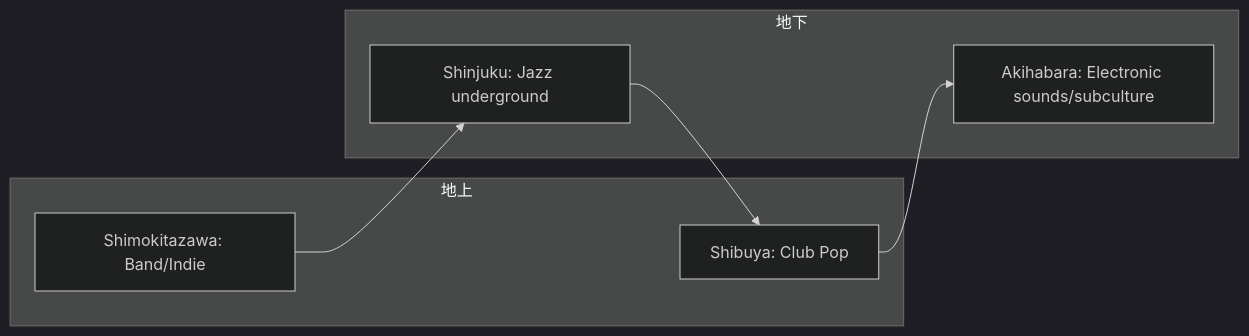
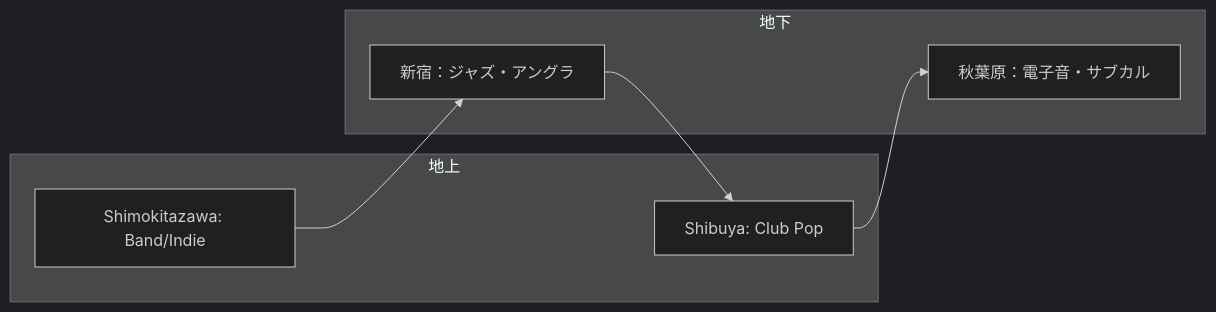
One commit to monumental-movement/monumental-movement.github.io changed the second of 2 diagrams in en/_posts/2025-10-23-column-tokyo-sound-layers.md. Above: the diagram before and after it, drawn with Mermaid (dark theme). The commit also changed other lines of this file and 2196 other files, not shown here.

```diff
--- a/en/_posts/2025-10-23-column-tokyo-sound-layers.md
+++ b/en/_posts/2025-10-23-column-tokyo-sound-layers.md
@@ -162,17 +162,17 @@
 <div class="mermaid">
 
 graph LR
     subgraph 地上
         Shibuya["Shibuya: Club Pop"]
         Shimokita["Shimokitazawa: Band/Indie"]
     end
     subgraph 地下
-        Shinjuku["Shinjuku: Jazz underground"]
-        Akiba["Akihabara: Electronic sounds/subculture"]
+        Shinjuku["新宿：ジャズ・アングラ"]
+        Akiba["秋葉原：電子音・サブカル"]
     end
 
     Shibuya --> Akiba
     Shimokita --> Shinjuku
     Shinjuku --> Shibuya
 
 </div>
```
